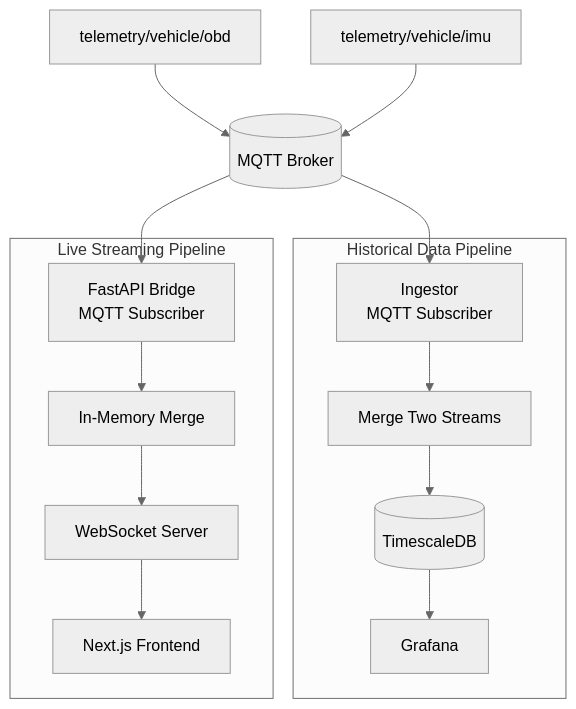
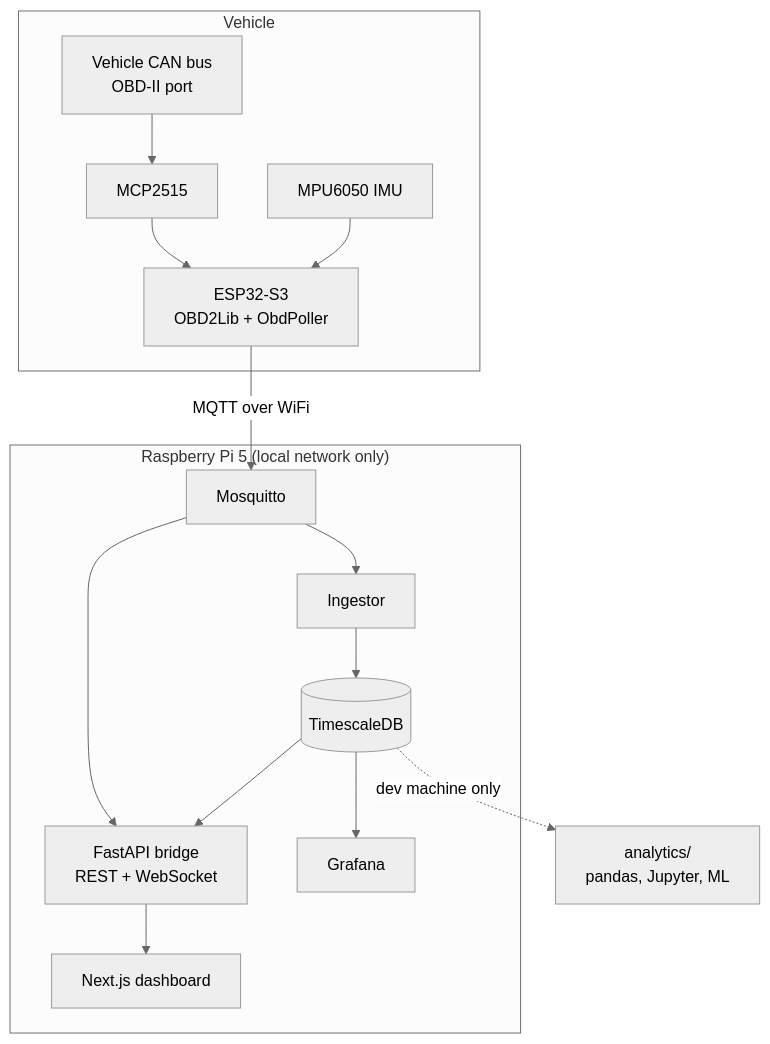
One commit to BuvinduS/vehicle-telemetry-platform changed the diagram in README.md. Above: the diagram before and after it, drawn with Mermaid (neutral theme). The commit also changed other lines of this file and 2 other files, not shown here.

````diff
--- a/README.md
+++ b/README.md
@@ -80,41 +65,22 @@
-``` mermaid 
+```mermaid
 flowchart TB
-    %% Data Sources
-    S1[telemetry/vehicle/obd]
-    S2[telemetry/vehicle/imu]
-
-    %% MQTT Broker
-    MQTT[(MQTT Broker)]
-
-    %% Subscribers
-    S1 --> MQTT
-    S2 --> MQTT
-
-    %% Ingestor Pipeline
-    subgraph Ingestion["Historical Data Pipeline"]
-        ING[Ingestor<br/>MQTT Subscriber]
-        MERGE1[Merge Two Streams]
-        TSDB[(TimescaleDB)]
-        GRAF[Grafana]
+    subgraph Vehicle
+        CAN[Vehicle CAN bus<br/>OBD-II port] --> MCP[MCP2515]
+        MCP --> ESP[ESP32-S3<br/>OBD2Lib + ObdPoller]
+        IMU[MPU6050 IMU] --> ESP
     end
 
-    %% Live Pipeline
-    subgraph Live["Live Streaming Pipeline"]
-        API[FastAPI Bridge<br/>MQTT Subscriber]
-        MERGE2[In-Memory Merge]
-        WS[WebSocket Server]
-        NEXT[Next.js Frontend]
+    ESP -- "MQTT over WiFi" --> MQ
+
+    subgraph Pi["Raspberry Pi 5 (local network only)"]
+        MQ[Mosquitto]
+        MQ --> ING[Ingestor]
+        MQ --> BR[FastAPI bridge<br/>REST + WebSocket]
+        ING --> DB[(TimescaleDB)]
+        DB --> BR
+        DB --> GF[Grafana]
+        BR --> UI[Next.js dashboard]
     end
 
-    %% Historical Flow
-    MQTT --> ING
-    ING --> MERGE1
-    MERGE1 --> TSDB
-    TSDB --> GRAF
-
-    %% Live Flow
-    MQTT --> API
-    API --> MERGE2
-    MERGE2 --> WS
-    WS --> NEXT
+    DB -. "dev machine only" .-> AN[analytics/<br/>pandas, Jupyter, ML]
 ```
````
